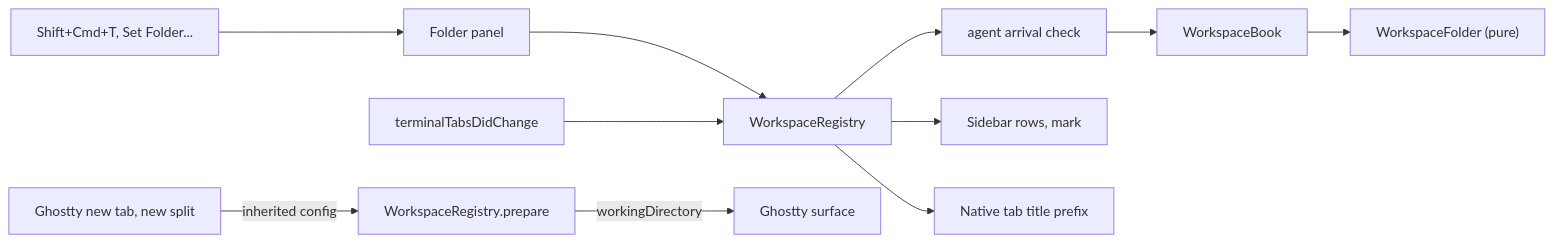
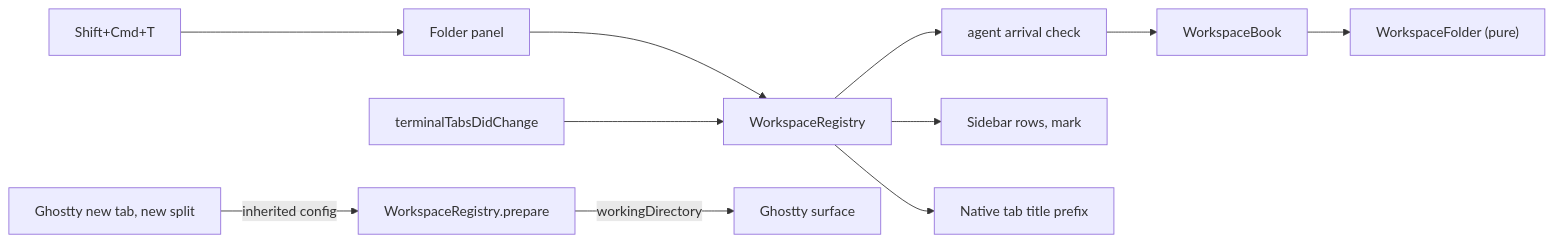
Before and after one commit to daniil4545/tarn: the diagram in docs/specs/workspace-folder.md, drawn with Mermaid. The commit also changed other lines of this file and 11 other files, not shown here.

First line of the commit message:
feat(workspaces): the folder is fixed at creation, no Set Folder or Remove Folder

````diff
--- a/docs/specs/workspace-folder.md
+++ b/docs/specs/workspace-folder.md
@@ -26,13 +26,13 @@
 ```mermaid
 flowchart LR
-  user["Shift+Cmd+T, Set Folder..."] --> panel["Folder panel"]
+  user["Shift+Cmd+T"] --> panel["Folder panel"]
   panel --> reg["WorkspaceRegistry"]
   newsurf["Ghostty new tab, new split"] -->|"inherited config"| cfg["WorkspaceRegistry.prepare"]
   cfg -->|"workingDirectory"| ghostty["Ghostty surface"]
   tabs["terminalTabsDidChange"] --> reg
   reg --> arrive["agent arrival check"]
   arrive --> book["WorkspaceBook"]
   book --> folder["WorkspaceFolder (pure)"]
   reg --> side["Sidebar rows, mark"]
   reg --> label["Native tab title prefix"]
 ```
````
